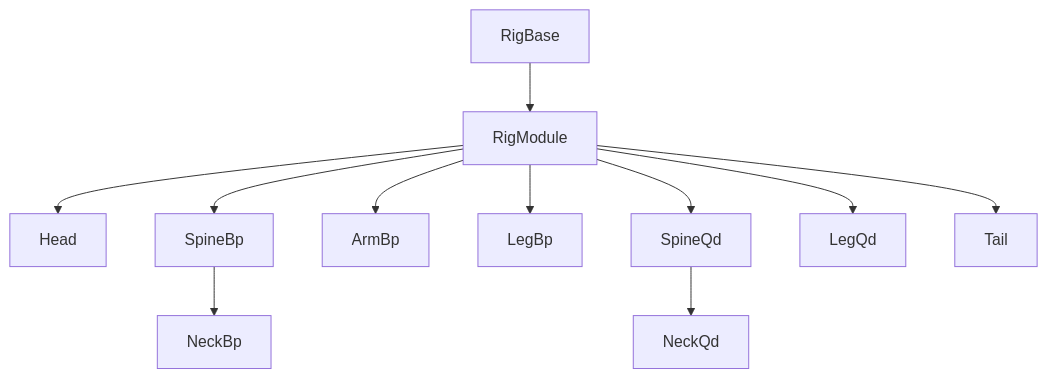
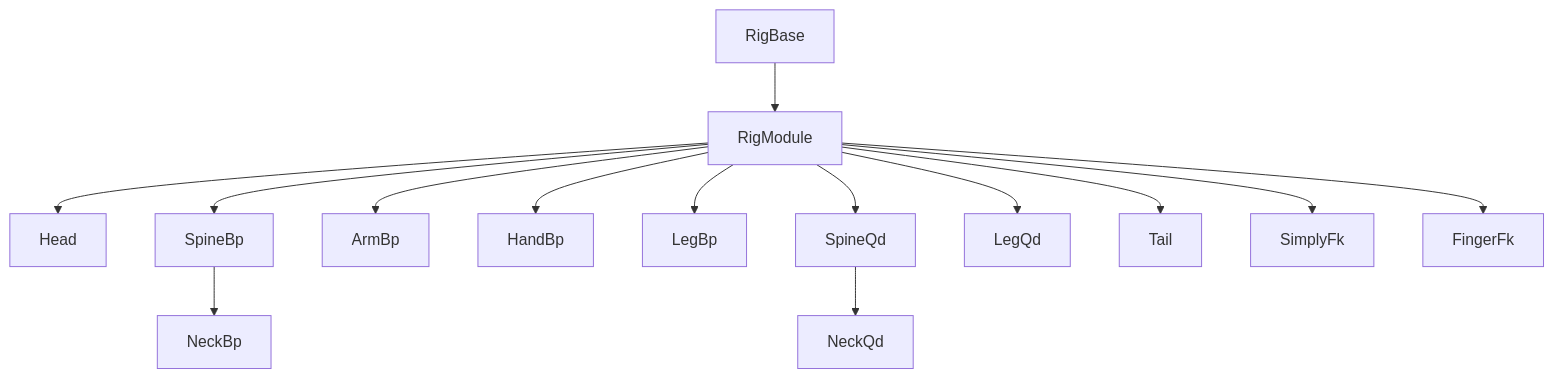
One commit to nickyliux/nl_rigging_tools changed the second of 2 diagrams in README.md. Above: the diagram before and after it, drawn with Mermaid. The commit also changed other lines of this file, not shown here.

````diff
--- a/README.md
+++ b/README.md
@@ -54,13 +54,16 @@
 ```mermaid
 flowchart
     RigBase --> RigModule
     RigModule --> Head
     RigModule --> SpineBp
     SpineBp --> NeckBp
     RigModule --> ArmBp
+    RigModule --> HandBp
     RigModule --> LegBp
     RigModule --> SpineQd
     SpineQd --> NeckQd
     RigModule --> LegQd
     RigModule --> Tail
+    RigModule --> SimplyFk
+    RigModule --> FingerFk
 ```
````
